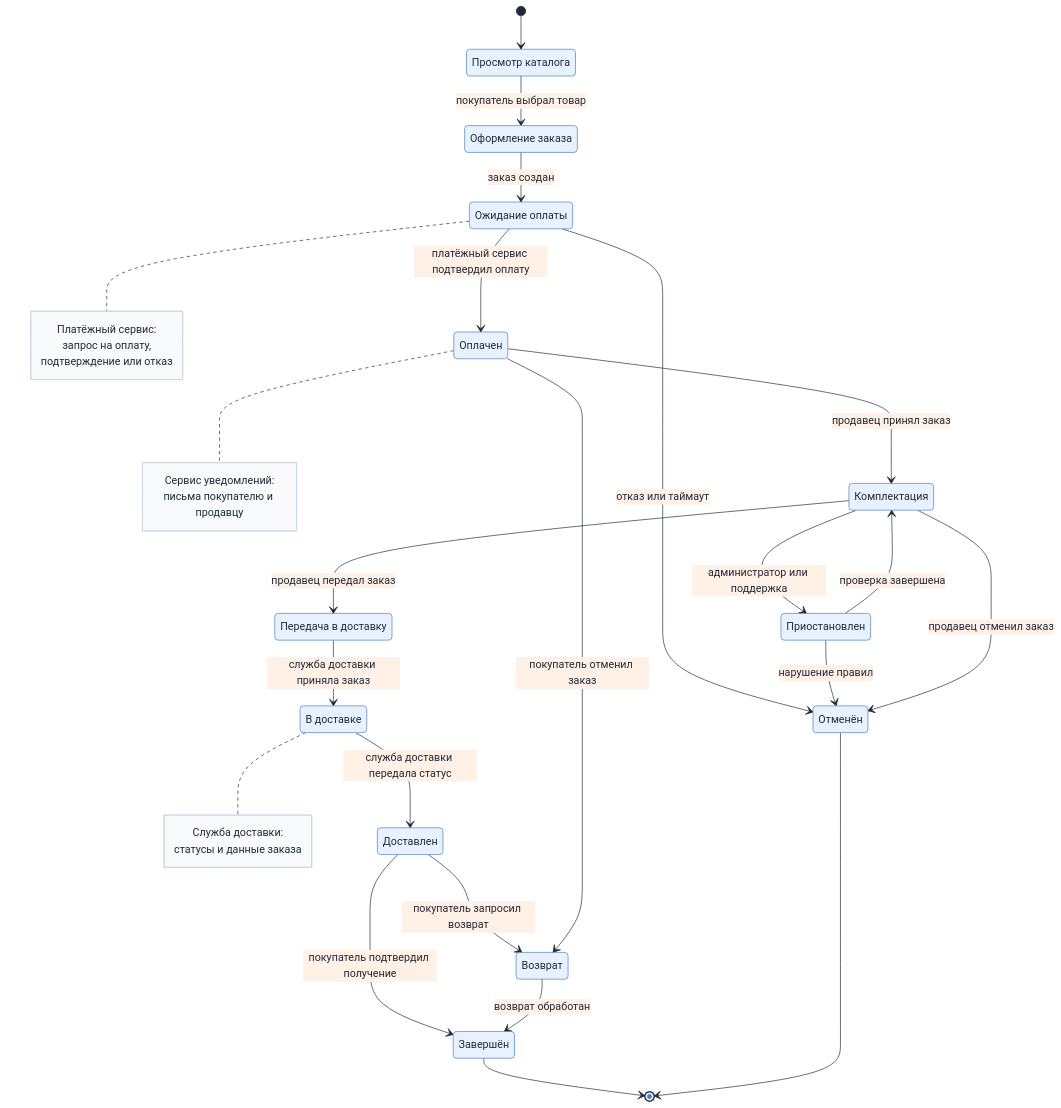
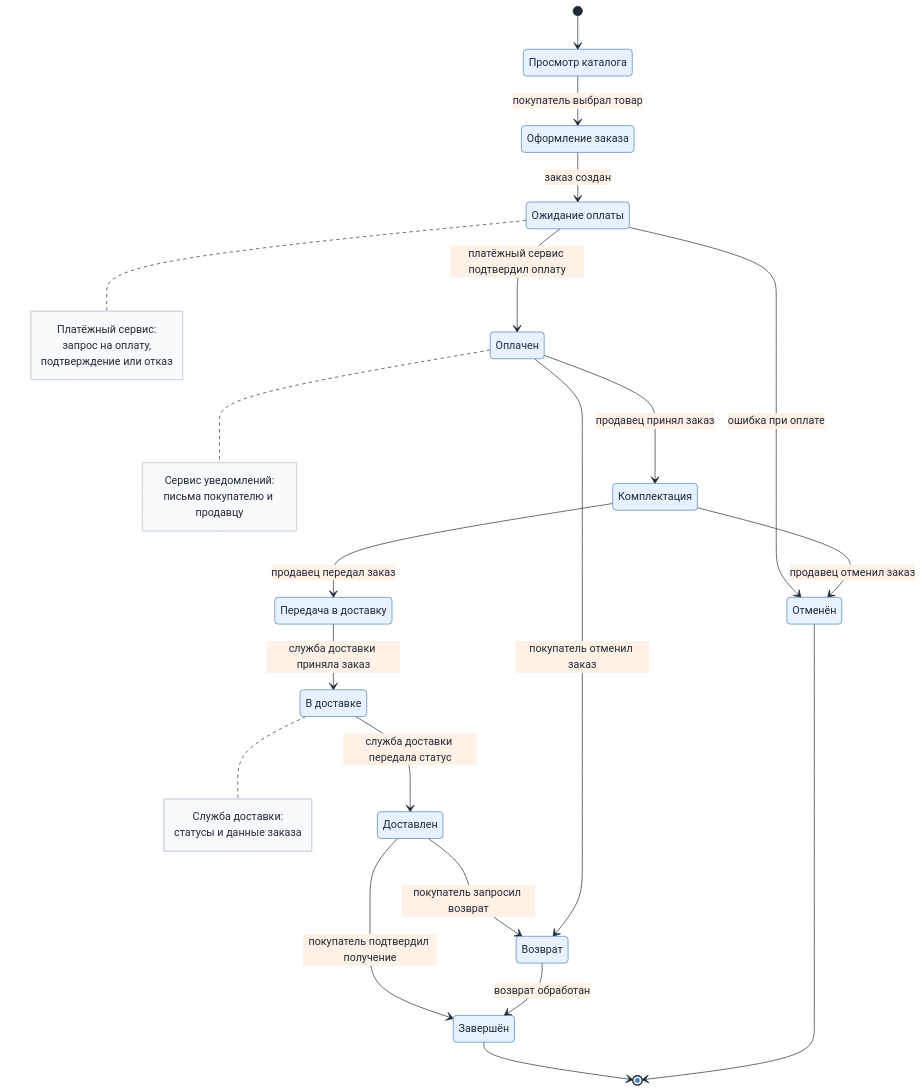
Before and after one commit to BraveCactus/cyber-immunity: the diagram in docs/customer/diagrams/context.mmd, drawn with Mermaid. The commit also changed 2 other files, not shown here.

```diff
--- a/docs/customer/diagrams/context.mmd
+++ b/docs/customer/diagrams/context.mmd
@@ -1,52 +1,48 @@
 %%{init: {"theme": "base", "themeVariables": {"background": "#ffffff", "primaryColor": "#e8f1ff", "primaryTextColor": "#1f2937", "primaryBorderColor": "#4a7ebb", "lineColor": "#1f2937", "secondaryColor": "#fff1e6", "tertiaryColor": "#fdecec", "noteBkgColor": "#f8fafc", "noteBorderColor": "#cbd5e1", "noteTextColor": "#1f2937", "fontFamily": "trebuchet ms, verdana, arial, sans-serif"}}}%%
 stateDiagram-v2
     direction TB
 
     state "Просмотр каталога" as Catalog
     state "Оформление заказа" as Checkout
     state "Ожидание оплаты" as AwaitingPayment
     state "Оплачен" as Paid
     state "Комплектация" as Packing
-    state "Приостановлен" as Suspended
     state "Передача в доставку" as Handover
     state "В доставке" as InDelivery
     state "Доставлен" as Delivered
     state "Возврат" as Return
     state "Завершён" as Completed
     state "Отменён" as Cancelled
 
     [*] --> Catalog
     Catalog --> Checkout: покупатель выбрал товар
     Checkout --> AwaitingPayment: заказ создан
     AwaitingPayment --> Paid: платёжный сервис подтвердил оплату
-    AwaitingPayment --> Cancelled: отказ или таймаут
+    AwaitingPayment --> Cancelled: ошибка при оплате
     Paid --> Packing: продавец принял заказ
-    Packing --> Suspended: администратор или поддержка
-    Suspended --> Packing: проверка завершена
-    Suspended --> Cancelled: нарушение правил
     Packing --> Handover: продавец передал заказ
     Handover --> InDelivery: служба доставки приняла заказ
     InDelivery --> Delivered: служба доставки передала статус
     Delivered --> Completed: покупатель подтвердил получение
     Delivered --> Return: покупатель запросил возврат
     Return --> Completed: возврат обработан
     Packing --> Cancelled: продавец отменил заказ
     Paid --> Return: покупатель отменил заказ
     Completed --> [*]
     Cancelled --> [*]
 
     note right of AwaitingPayment
       Платёжный сервис:
       запрос на оплату,
       подтверждение или отказ
     end note
 
     note right of Paid
       Сервис уведомлений:
       письма покупателю и продавцу
     end note
 
     note right of InDelivery
       Служба доставки:
       статусы и данные заказа
     end note
```
